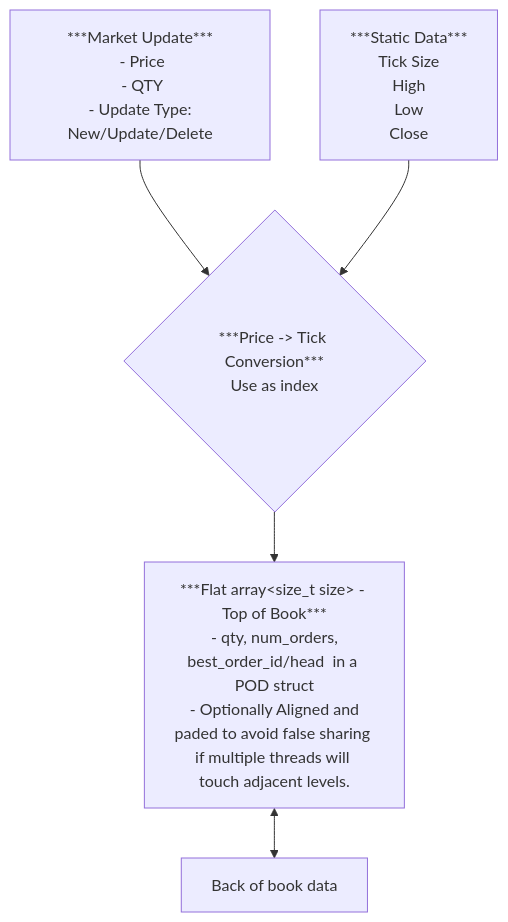
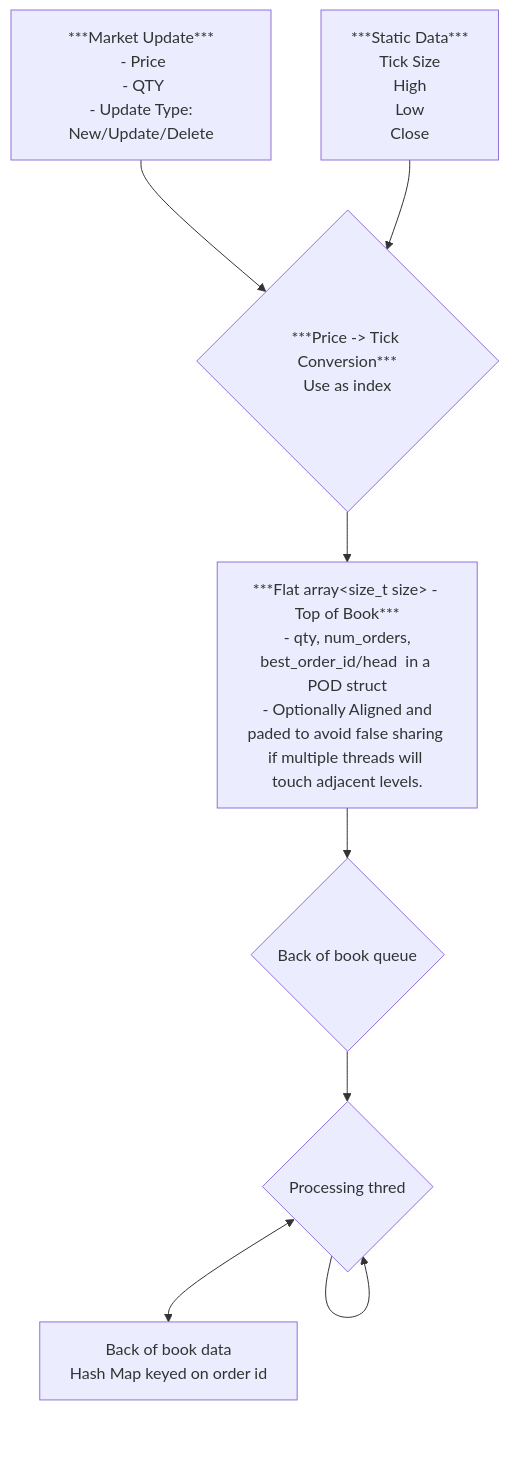
Before and after one commit to mattyv/JazzyOrderBook: the diagram in README.md, drawn with Mermaid. The commit also changed other lines of this file, not shown here.

Commit message:
Update README.md
WIP

````diff
--- a/README.md
+++ b/README.md
@@ -3,7 +3,10 @@
 ```mermaid
 flowchart TD
   A[***Market Update***<br/> - Price<br/> - QTY<br/> - Update Type: New/Update/Delete] --> C{***Price -> Tick Conversion***<br/>Use as index}
   B[***Static Data***<br/>Tick Size<br/>High<br/>Low<br/>Close<br/>] --> C
   C --> E[***Flat array&lt;size_t size&gt; - Top of Book***<br/> - qty, num_orders, best_order_id/head  in a POD struct<br/> - Optionally Aligned and paded to avoid false sharing if multiple threads will touch adjacent levels.]
-  E <--> F[Back of book data]
+  E -->F{Back of book queue}
+  F --> H{Processing thred}
+  H --> H
+  H <--> G[Back of book data<br/>Hash Map keyed on order id]
 ```
````
